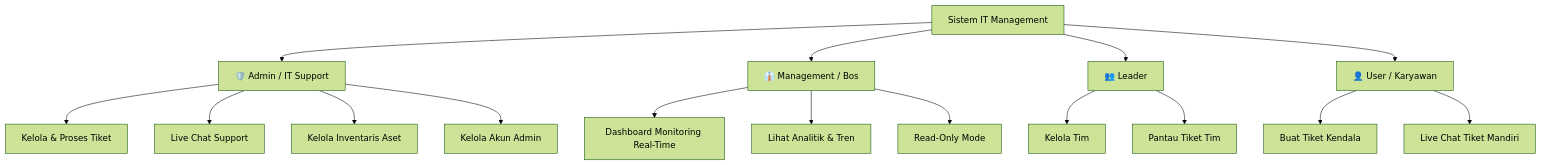
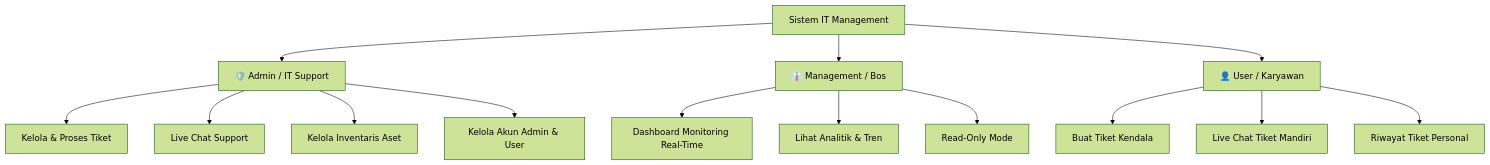
One commit to kowiyuliman/ticketingsystem-withlivechat changed the diagram in README.md. Above: the diagram before and after it, drawn with Mermaid (forest theme). The commit also changed other lines of this file and 22 other files, not shown here.

````diff
--- a/README.md
+++ b/README.md
@@ -75,22 +76,19 @@
 ```mermaid
 flowchart TD
     A[Sistem IT Management] --> B[🛡️ Admin / IT Support]
     A --> C[👔 Management / Bos]
-    A --> D[👥 Leader]
-    A --> E[👤 User / Karyawan]
+    A --> D[👤 User / Karyawan]
 
     B --> B1[Kelola & Proses Tiket]
     B --> B2[Live Chat Support]
     B --> B3[Kelola Inventaris Aset]
-    B --> B4[Kelola Akun Admin]
+    B --> B4[Kelola Akun Admin & User]
 
     C --> C1[Dashboard Monitoring Real-Time]
     C --> C2[Lihat Analitik & Tren]
     C --> C3[Read-Only Mode]
 
-    D --> D1[Kelola Tim]
-    D --> D2[Pantau Tiket Tim]
-
-    E --> E1[Buat Tiket Kendala]
-    E --> E2[Live Chat Tiket Mandiri]
+    D --> D1[Buat Tiket Kendala]
+    D --> D2[Live Chat Tiket Mandiri]
+    D --> D3[Riwayat Tiket Personal]
 ```
````
